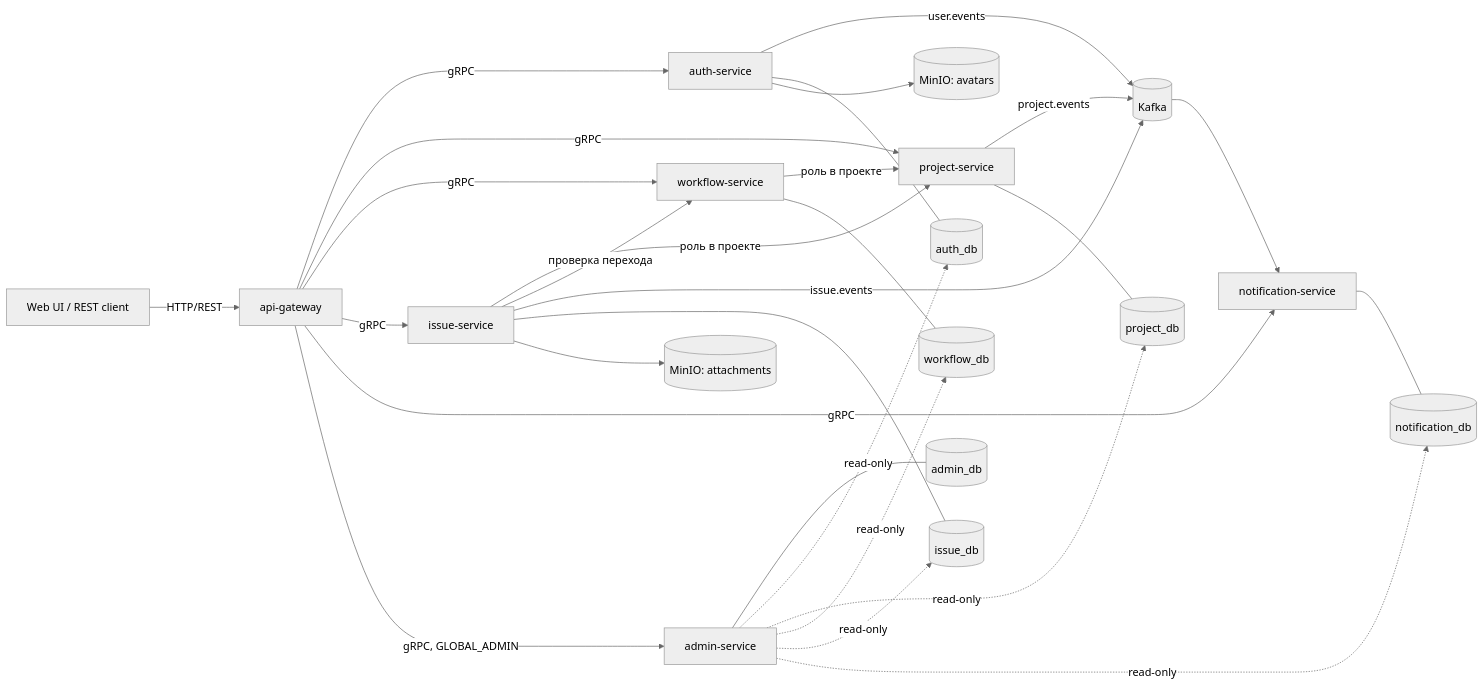
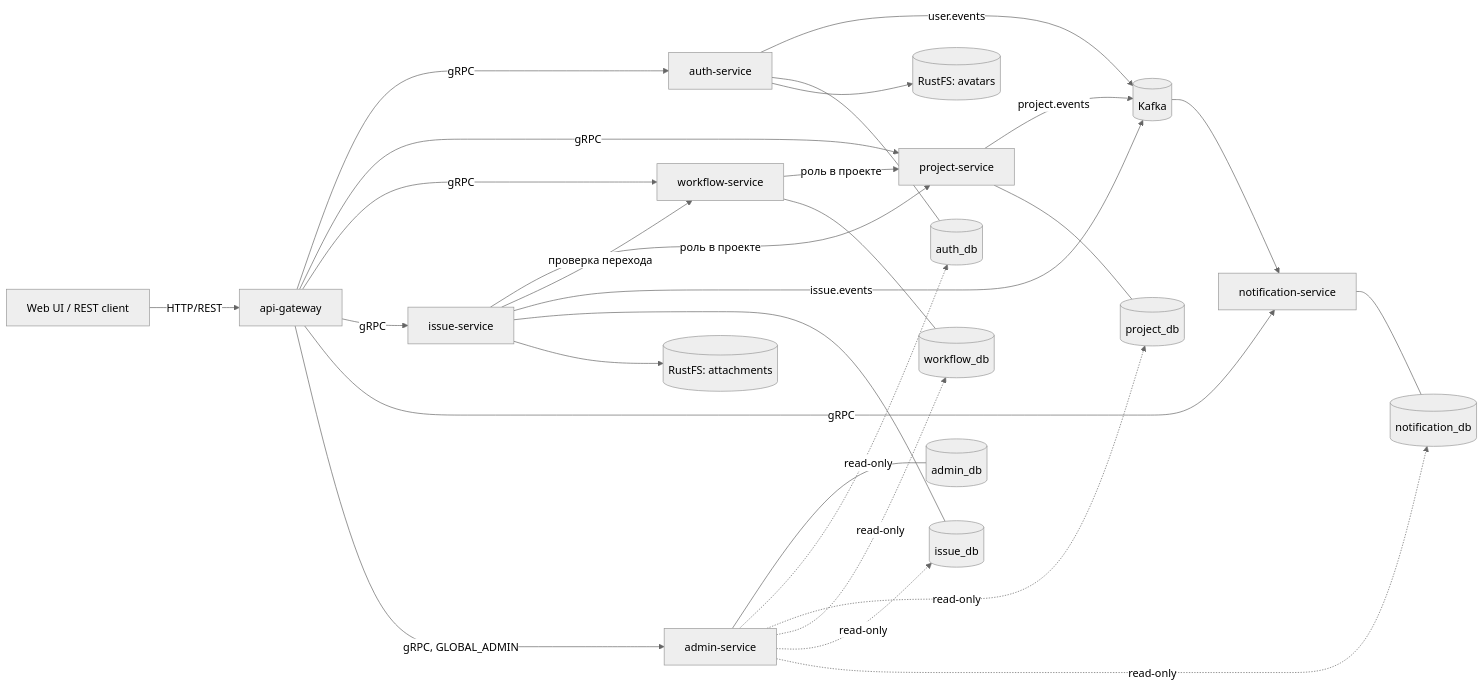
One commit to VladislavYurin/taska-backend changed the diagram in README.md. Above: the diagram before and after it, drawn with Mermaid (neutral theme). The commit also changed other lines of this file and 14 other files, not shown here.

Commit message:
hot-fix: миграция s3 хранилища с minio на rustFS

````diff
--- a/README.md
+++ b/README.md
@@ -27,36 +27,36 @@
 ```mermaid
 flowchart LR
     U[Web UI / REST client] -->|HTTP/REST| GW[api-gateway]
 
     GW -->|gRPC| AUTH[auth-service]
     GW -->|gRPC| PROJECT[project-service]
     GW -->|gRPC| WORKFLOW[workflow-service]
     GW -->|gRPC| ISSUE[issue-service]
     GW -->|gRPC| NOTIFICATION[notification-service]
     GW -->|gRPC, GLOBAL_ADMIN| ADMIN[admin-service]
 
     ISSUE -->|роль в проекте| PROJECT
     ISSUE -->|проверка перехода| WORKFLOW
     WORKFLOW -->|роль в проекте| PROJECT
 
     AUTH -->|user.events| KAFKA[(Kafka)]
     PROJECT -->|project.events| KAFKA
     ISSUE -->|issue.events| KAFKA
     KAFKA --> NOTIFICATION
 
     AUTH --- AUTH_DB[(auth_db)]
     PROJECT --- PROJECT_DB[(project_db)]
     WORKFLOW --- WORKFLOW_DB[(workflow_db)]
     ISSUE --- ISSUE_DB[(issue_db)]
     NOTIFICATION --- NOTIFICATION_DB[(notification_db)]
     ADMIN --- ADMIN_DB[(admin_db)]
 
     ADMIN -. read-only .-> AUTH_DB
     ADMIN -. read-only .-> PROJECT_DB
     ADMIN -. read-only .-> WORKFLOW_DB
     ADMIN -. read-only .-> ISSUE_DB
     ADMIN -. read-only .-> NOTIFICATION_DB
 
-    AUTH --> MINIO[(MinIO: avatars)]
-    ISSUE --> MINIO_ATTACH[(MinIO: attachments)]
+    AUTH --> RUSTFS[(RustFS: avatars)]
+    ISSUE --> RUSTFS_ATTACH[(RustFS: attachments)]
 ```
````
